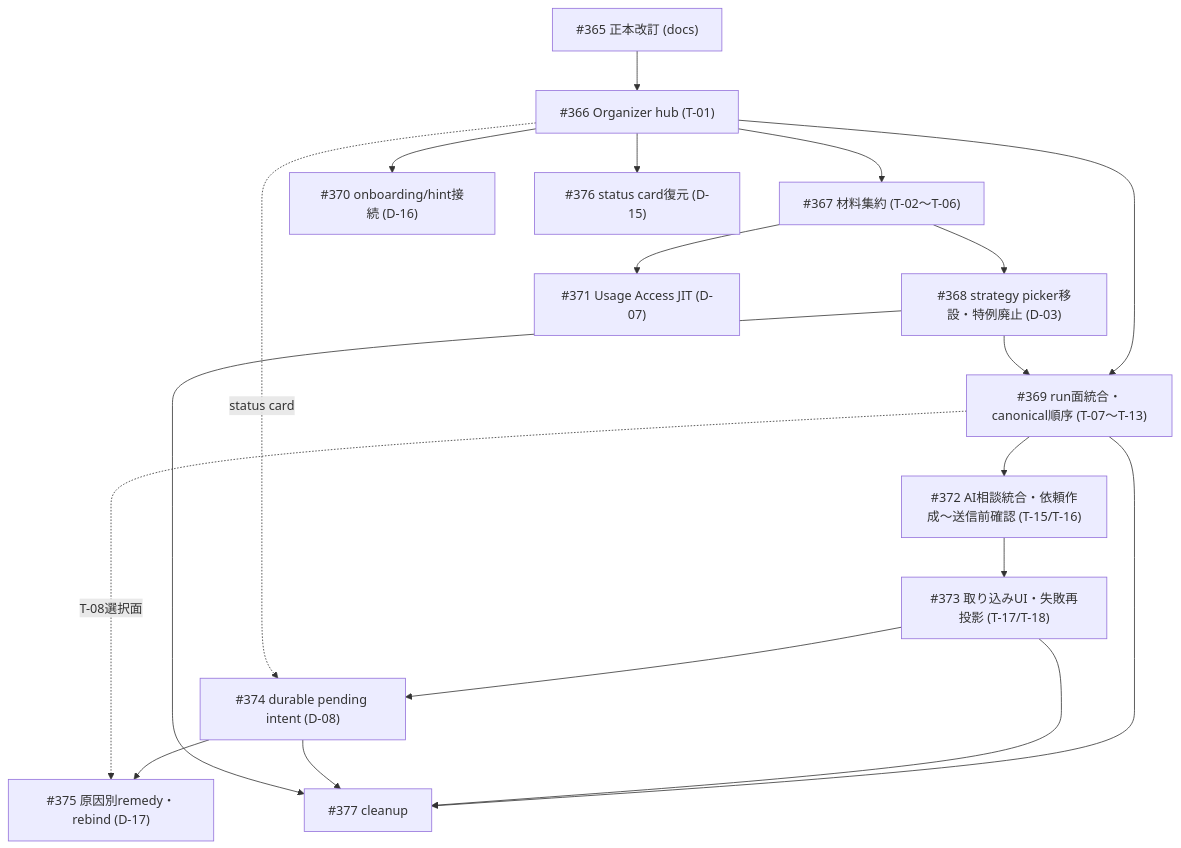
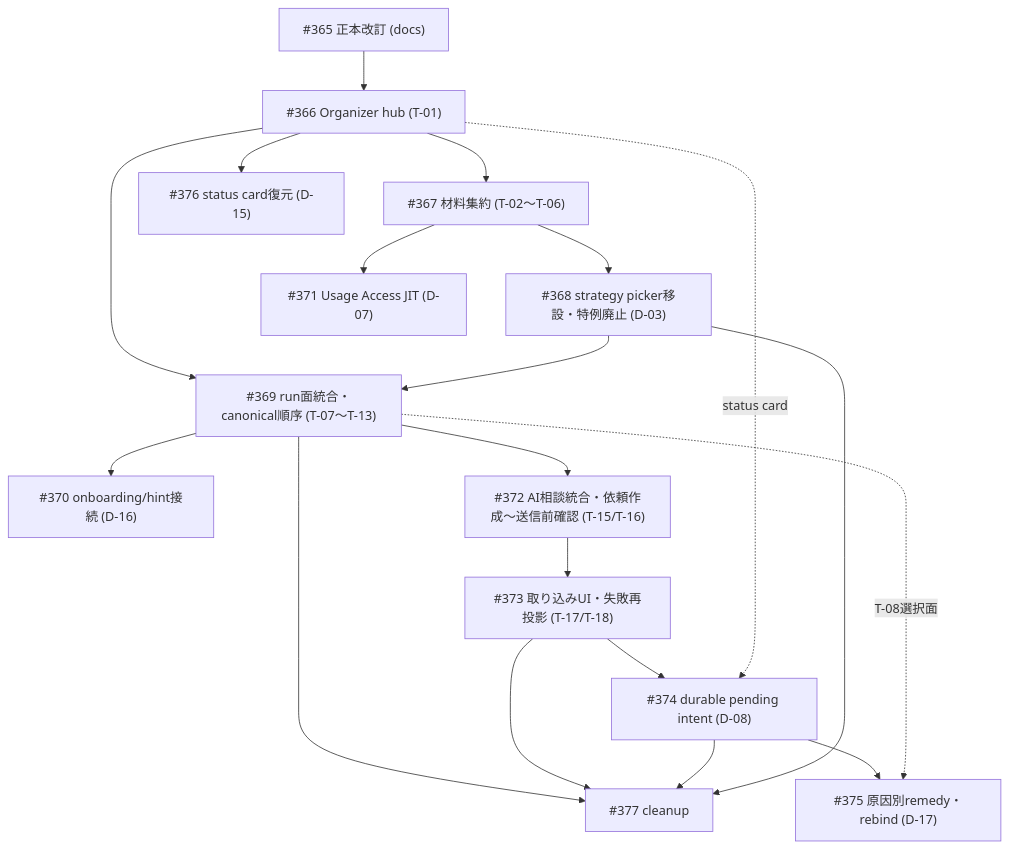
The diagram in docs/product/organizer-disposition-migration.md (nunu1733/NunuLauncher), drawn with Mermaid before and after one commit. The commit also changed other lines of this file, not shown here.

````diff
--- a/docs/product/organizer-disposition-migration.md
+++ b/docs/product/organizer-disposition-migration.md
@@ -316,21 +317,21 @@
 ```mermaid
 flowchart TD
     D365["#365 正本改訂 (docs)"] --> D366["#366 Organizer hub (T-01)"]
     D366 --> D367["#367 材料集約 (T-02〜T-06)"]
     D367 --> D368["#368 strategy picker移設・特例廃止 (D-03)"]
     D366 --> D369["#369 run面統合・canonical順序 (T-07〜T-13)"]
     D368 --> D369
-    D366 --> D370["#370 onboarding/hint接続 (D-16)"]
+    D369 --> D370["#370 onboarding/hint接続 (D-16)"]
     D367 --> D371["#371 Usage Access JIT (D-07)"]
     D369 --> D372["#372 AI相談統合・依頼作成〜送信前確認 (T-15/T-16)"]
     D372 --> D373["#373 取り込みUI・失敗再投影 (T-17/T-18)"]
     D366 --> D376["#376 status card復元 (D-15)"]
     D373 --> D374["#374 durable pending intent (D-08)"]
     D366 -. status card .-> D374
     D374 --> D375["#375 原因別remedy・rebind (D-17)"]
     D369 -. T-08選択面 .-> D375
     D369 --> D377["#377 cleanup"]
     D373 --> D377
     D374 --> D377
     D368 --> D377
 ```
````
